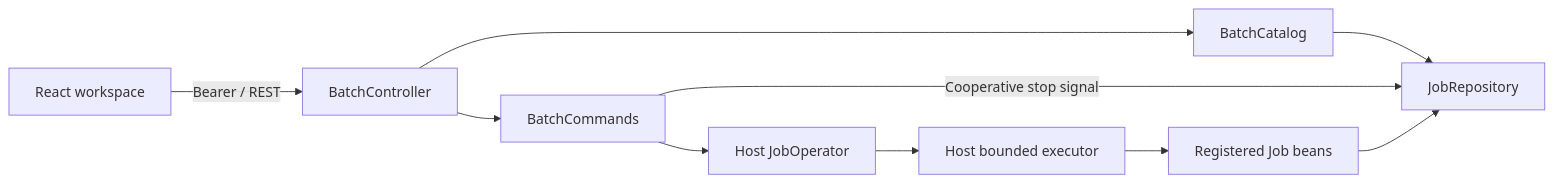
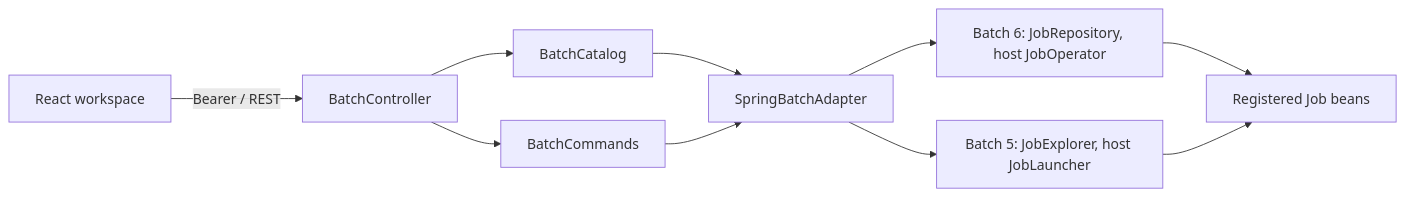
Before and after one commit to lMysticl/batchlens: the diagram in docs/architecture.md, drawn with Mermaid. The commit also changed other lines of this file and 58 other files, not shown here.

````diff
--- a/docs/architecture.md
+++ b/docs/architecture.md
@@ -3,12 +3,12 @@
 ```mermaid
 flowchart LR
   UI[React workspace] -->|Bearer / REST| HTTP[BatchController]
   HTTP --> Catalog[BatchCatalog]
   HTTP --> Commands[BatchCommands]
-  Catalog --> Repository[JobRepository]
-  Commands --> Operator[Host JobOperator]
-  Commands -->|Cooperative stop signal| Repository
-  Operator --> Executor[Host bounded executor]
-  Executor --> Jobs[Registered Job beans]
-  Jobs --> Repository
+  Catalog --> Adapter[SpringBatchAdapter]
+  Commands --> Adapter
+  Adapter --> B6[Batch 6: JobRepository, host JobOperator]
+  Adapter --> B5[Batch 5: JobExplorer, host JobLauncher]
+  B6 --> Jobs[Registered Job beans]
+  B5 --> Jobs
 ```
````
